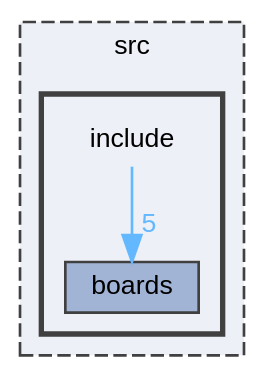
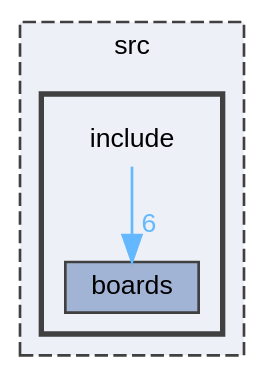
One commit to ClusterDuck-Protocol/ClusterDuck-Protocol changed the diagram in dir_b0856f6b0d80ccb263b2f415c91f9e17_dep.dot. Above: the diagram before and after it, drawn with Graphviz. The commit also changed 28 other files, not shown here.

```diff
--- a/dir_b0856f6b0d80ccb263b2f415c91f9e17_dep.dot
+++ b/dir_b0856f6b0d80ccb263b2f415c91f9e17_dep.dot
@@ -1,17 +1,17 @@
 digraph "/home/runner/work/ClusterDuck-Protocol/ClusterDuck-Protocol/src/include"
 {
  // LATEX_PDF_SIZE
   bgcolor="transparent";
   edge [fontname=Helvetica,fontsize=10,labelfontname=Helvetica,labelfontsize=10];
   node [fontname=Helvetica,fontsize=10,shape=box,height=0.2,width=0.4];
   compound=true
   subgraph clusterdir_68267d1309a1af8e8297ef4c3efbcdba {
     graph [ bgcolor="#edf0f7", pencolor="grey25", label="src", fontname=Helvetica,fontsize=10 style="filled,dashed", URL="dir_68267d1309a1af8e8297ef4c3efbcdba.html",tooltip=""]
   subgraph clusterdir_b0856f6b0d80ccb263b2f415c91f9e17 {
     graph [ bgcolor="#edf0f7", pencolor="grey25", label="", fontname=Helvetica,fontsize=10 style="filled,bold", URL="dir_b0856f6b0d80ccb263b2f415c91f9e17.html",tooltip=""]
     dir_b0856f6b0d80ccb263b2f415c91f9e17 [shape=plaintext, label="include"];
   dir_f720216755f5a1ced203babe1ca6998b [label="boards", fillcolor="#a2b4d6", color="grey25", style="filled", URL="dir_f720216755f5a1ced203babe1ca6998b.html",tooltip=""];
   }
   }
-  dir_b0856f6b0d80ccb263b2f415c91f9e17->dir_f720216755f5a1ced203babe1ca6998b [headlabel="5", labeldistance=1.5 headhref="dir_000002_000000.html" href="dir_000002_000000.html" color="steelblue1" fontcolor="steelblue1"];
+  dir_b0856f6b0d80ccb263b2f415c91f9e17->dir_f720216755f5a1ced203babe1ca6998b [headlabel="6", labeldistance=1.5 headhref="dir_000002_000000.html" href="dir_000002_000000.html" color="steelblue1" fontcolor="steelblue1"];
 }
```
